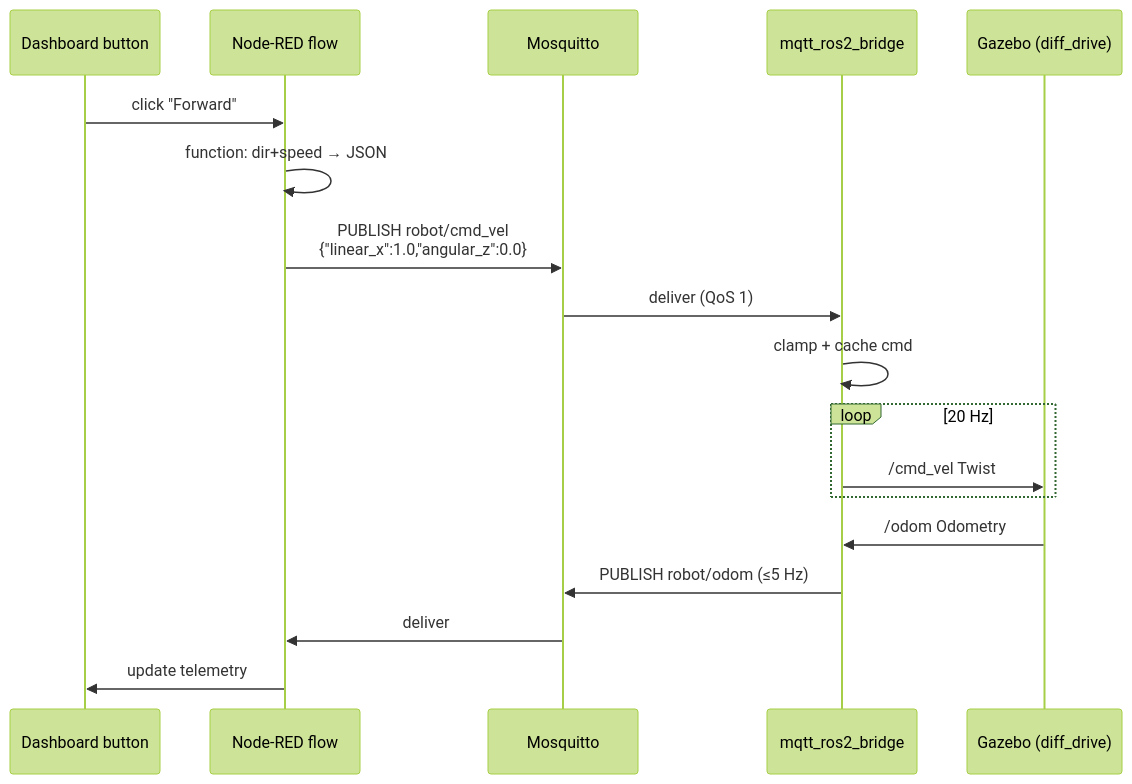
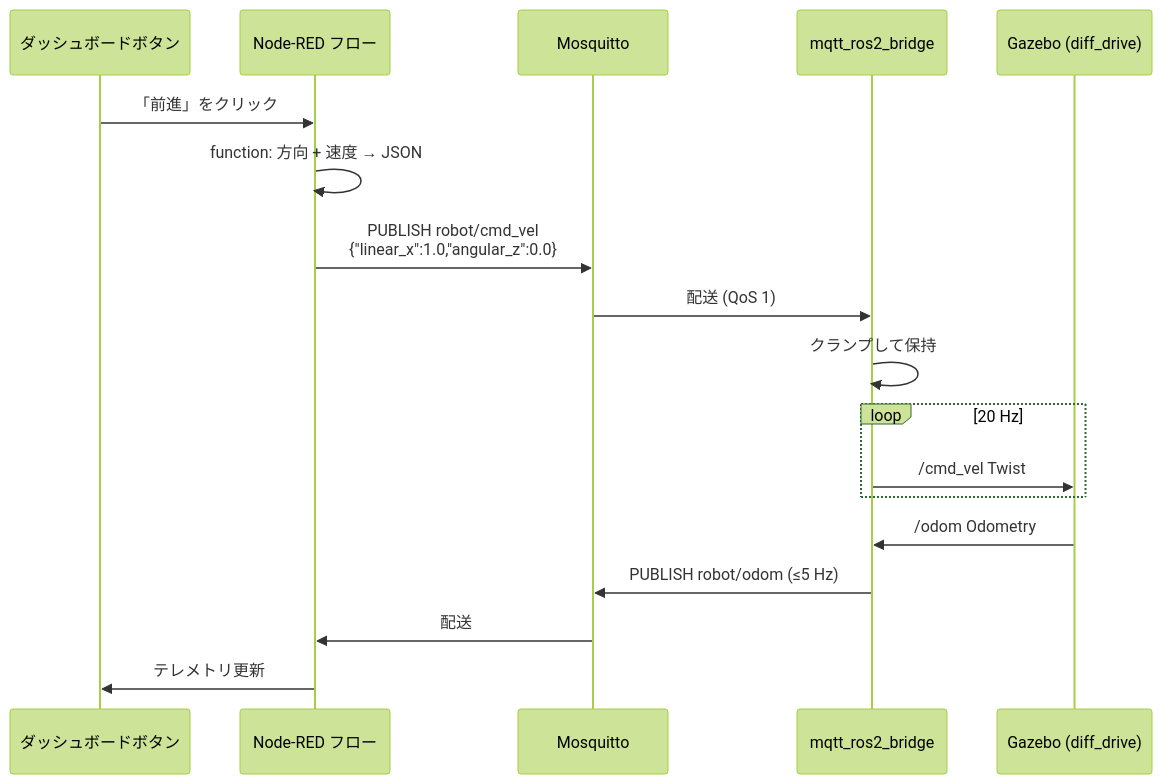
The second of 2 diagrams in docs/architecture.md (taku0310/gazebo-nodered-control), drawn with Mermaid (forest theme) before and after one commit. The commit also changed other lines of this file and 5 other files, not shown here.

````diff
--- a/docs/architecture.md
+++ b/docs/architecture.md
@@ -45,21 +46,21 @@
 ```mermaid
 sequenceDiagram
-    participant UI as Dashboard button
-    participant NR as Node-RED flow
+    participant UI as ダッシュボードボタン
+    participant NR as Node-RED フロー
     participant M  as Mosquitto
     participant BR as mqtt_ros2_bridge
     participant GZ as Gazebo (diff_drive)
 
-    UI->>NR: click "Forward"
-    NR->>NR: function: dir+speed → JSON
+    UI->>NR: 「前進」をクリック
+    NR->>NR: function: 方向 + 速度 → JSON
     NR->>M: PUBLISH robot/cmd_vel<br/>{"linear_x":1.0,"angular_z":0.0}
-    M->>BR: deliver (QoS 1)
-    BR->>BR: clamp + cache cmd
+    M->>BR: 配送 (QoS 1)
+    BR->>BR: クランプして保持
     loop 20 Hz
         BR->>GZ: /cmd_vel Twist
     end
     GZ->>BR: /odom Odometry
     BR->>M: PUBLISH robot/odom (≤5 Hz)
-    M->>NR: deliver
-    NR->>UI: update telemetry
+    M->>NR: 配送
+    NR->>UI: テレメトリ更新
 ```
````
